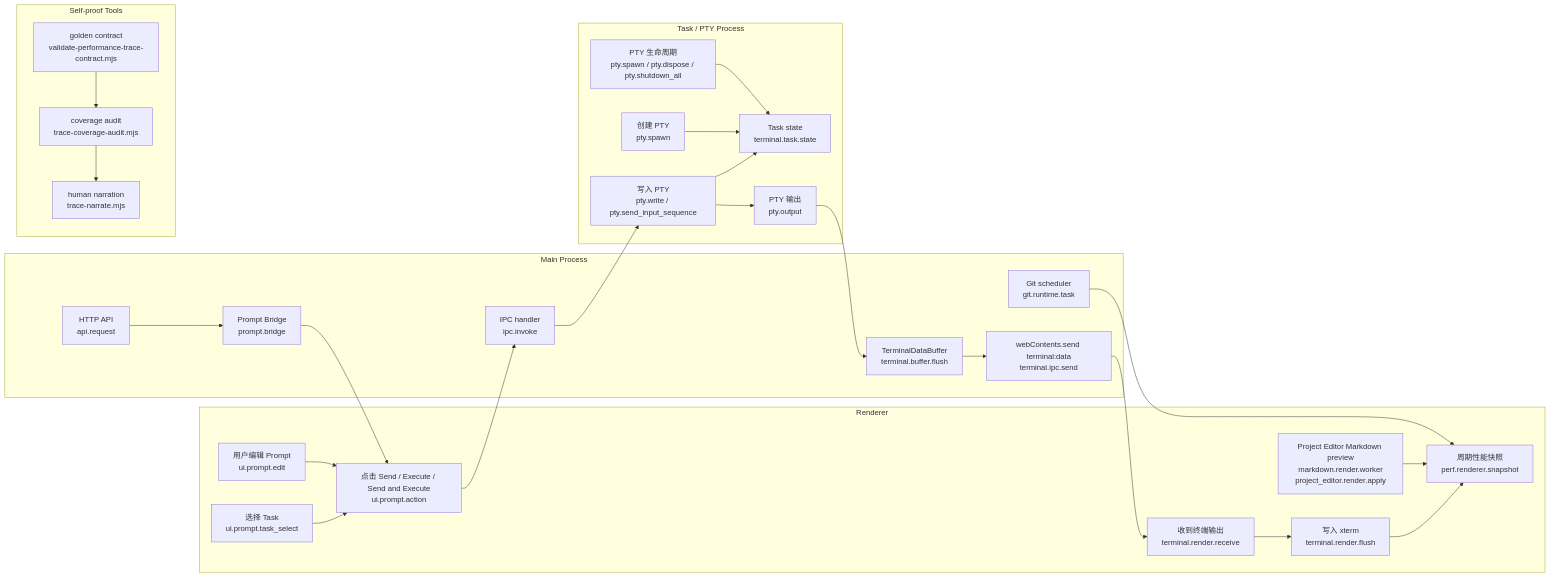
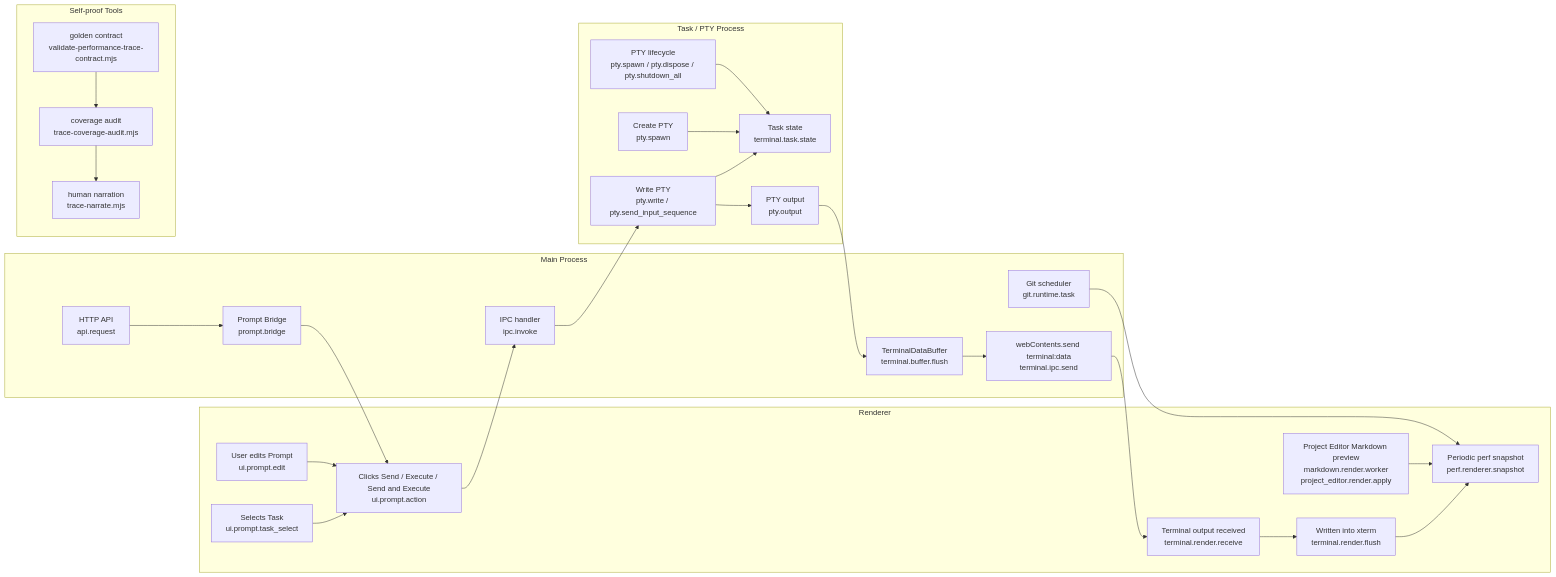
Before and after one commit to shadowwingz/Onward-Agent-Workbench: the second of 12 diagrams in docs/performance-trace-mermaid.md, drawn with Mermaid. The commit also changed other lines of this file and 10 other files, not shown here.

````diff
--- a/docs/performance-trace-mermaid.md
+++ b/docs/performance-trace-mermaid.md
@@ -68,55 +75,55 @@
 ```mermaid
 flowchart LR
   subgraph Renderer["Renderer"]
-    edit["用户编辑 Prompt<br/>ui.prompt.edit"]
-    select["选择 Task<br/>ui.prompt.task_select"]
-    action["点击 Send / Execute / Send and Execute<br/>ui.prompt.action"]
+    edit["User edits Prompt<br/>ui.prompt.edit"]
+    select["Selects Task<br/>ui.prompt.task_select"]
+    action["Clicks Send / Execute / Send and Execute<br/>ui.prompt.action"]
     project["Project Editor Markdown preview<br/>markdown.render.worker<br/>project_editor.render.apply"]
-    renderReceive["收到终端输出<br/>terminal.render.receive"]
-    renderFlush["写入 xterm<br/>terminal.render.flush"]
-    snapshot["周期性能快照<br/>perf.renderer.snapshot"]
+    renderReceive["Terminal output received<br/>terminal.render.receive"]
+    renderFlush["Written into xterm<br/>terminal.render.flush"]
+    snapshot["Periodic perf snapshot<br/>perf.renderer.snapshot"]
   end
 
   subgraph Main["Main Process"]
     api["HTTP API<br/>api.request"]
     git["Git scheduler<br/>git.runtime.task"]
     bridge["Prompt Bridge<br/>prompt.bridge"]
     ipc["IPC handler<br/>ipc.invoke"]
     buffer["TerminalDataBuffer<br/>terminal.buffer.flush"]
     send["webContents.send terminal:data<br/>terminal.ipc.send"]
   end
 
   subgraph Task["Task / PTY Process"]
     state["Task state<br/>terminal.task.state"]
-    ptyWrite["写入 PTY<br/>pty.write / pty.send_input_sequence"]
-    ptyOutput["PTY 输出<br/>pty.output"]
-    ptyLife["PTY 生命周期<br/>pty.spawn / pty.dispose / pty.shutdown_all"]
-    spawn["创建 PTY<br/>pty.spawn"]
+    ptyWrite["Write PTY<br/>pty.write / pty.send_input_sequence"]
+    ptyOutput["PTY output<br/>pty.output"]
+    ptyLife["PTY lifecycle<br/>pty.spawn / pty.dispose / pty.shutdown_all"]
+    spawn["Create PTY<br/>pty.spawn"]
   end
 
   subgraph Tools["Self-proof Tools"]
     contract["golden contract<br/>validate-performance-trace-contract.mjs"]
     audit["coverage audit<br/>trace-coverage-audit.mjs"]
     narrate["human narration<br/>trace-narrate.mjs"]
   end
 
   edit --> action
   select --> action
   api --> bridge
   bridge --> action
   action --> ipc
   git --> snapshot
   project --> snapshot
   ipc --> ptyWrite
   ptyLife --> state
   spawn --> state
   ptyWrite --> state
   ptyWrite --> ptyOutput
   ptyOutput --> buffer
   buffer --> send
   send --> renderReceive
   renderReceive --> renderFlush
   renderFlush --> snapshot
   contract --> audit
   audit --> narrate
 ```
````
